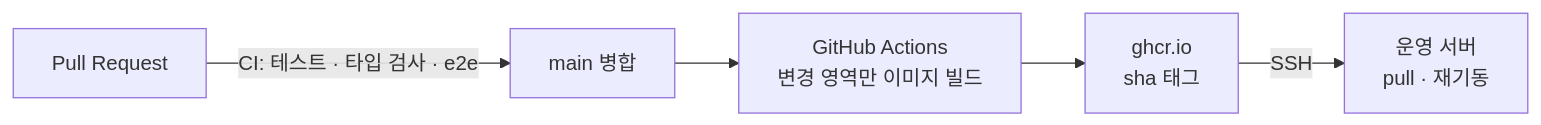
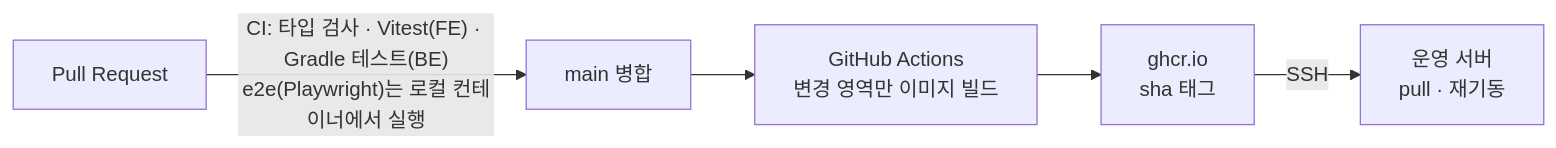
One commit to zeus721-zslab/zslab-mall changed the second of 3 diagrams in README.md. Above: the diagram before and after it, drawn with Mermaid.

Commit message:
docs: README 배포 흐름의 CI e2e 서술 정정 (#301)
- PR CI는 typecheck · vitest(FE) · Gradle 테스트(BE)만 실행하며 Playwright e2e는 실행하지 않음
- e2e는 로컬 컨테이너 규정 명령으로 실행 (FE-15 STEP4 결정 1: smoke CI 포함 기각)

````diff
--- a/README.md
+++ b/README.md
@@ -70,7 +70,7 @@
 ```mermaid
 flowchart LR
-  PR[Pull Request] -->|CI: 테스트 · 타입 검사 · e2e| M[main 병합]
+  PR[Pull Request] -->|"CI: 타입 검사 · Vitest(FE) · Gradle 테스트(BE)<br/>e2e(Playwright)는 로컬 컨테이너에서 실행"| M[main 병합]
   M --> A[GitHub Actions<br/>변경 영역만 이미지 빌드]
   A --> REG[ghcr.io<br/>sha 태그]
   REG -->|SSH| S[운영 서버<br/>pull · 재기동]
 ```
````
